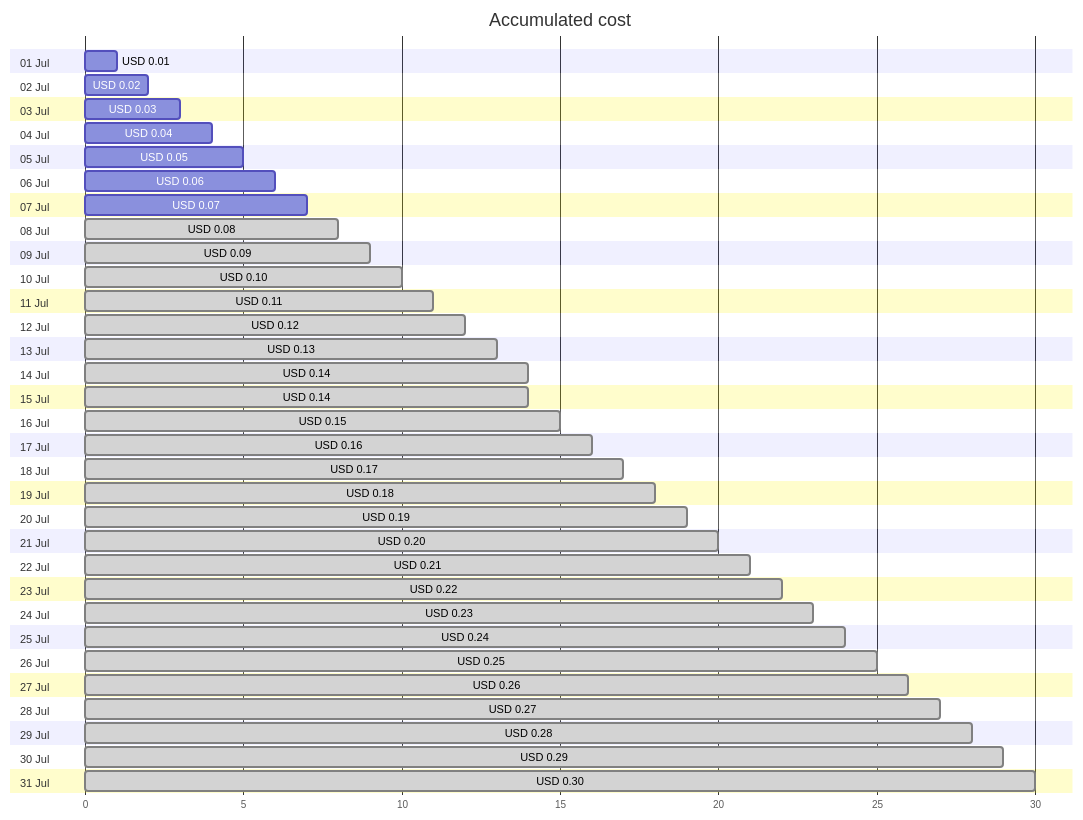
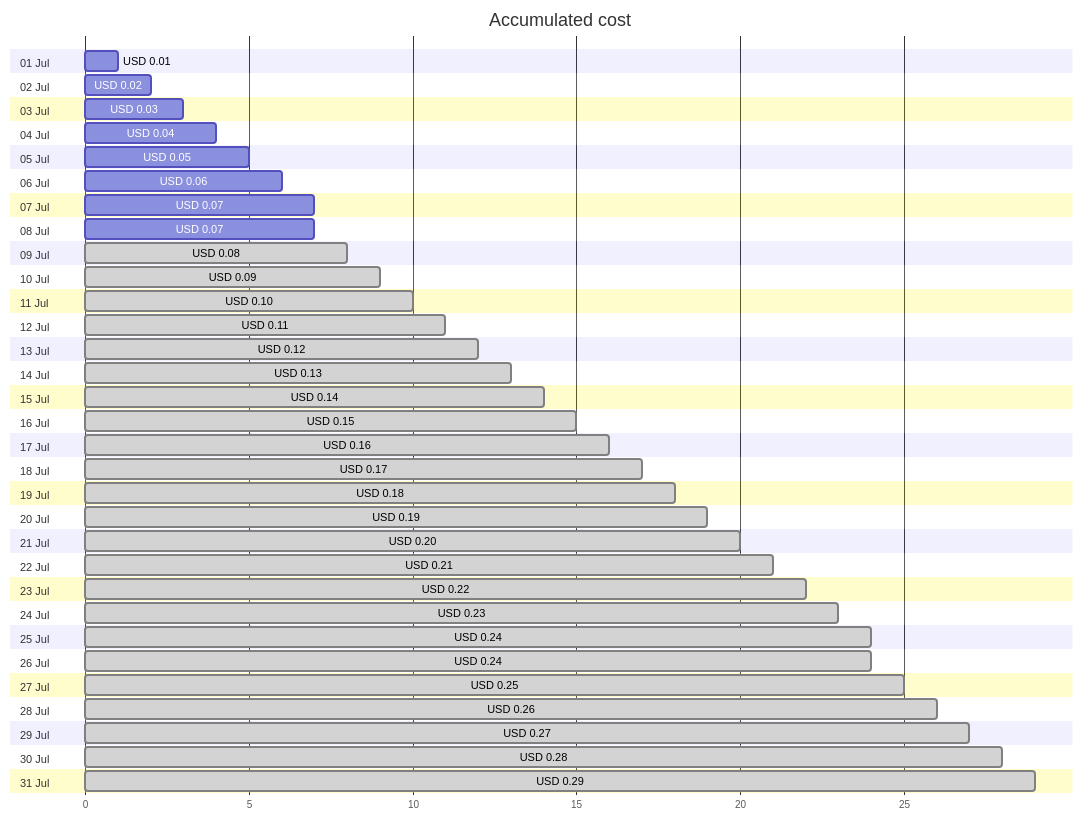
One commit to jpfulton/azure-personal-reports changed the first of 4 diagrams in cost-reports/cloud-shell-storage-eastus/README.md. Above: the diagram before and after it, drawn with Mermaid. The commit also changed other lines of this file and 1 other file, not shown here.

````diff
--- a/cost-reports/cloud-shell-storage-eastus/README.md
+++ b/cost-reports/cloud-shell-storage-eastus/README.md
@@ -20,68 +20,68 @@
 ```mermaid
 gantt
    title Accumulated cost
    dateFormat  X
    axisFormat %s
    section 01 Jul
    USD 0.01 :0, 1
    section 02 Jul
    USD 0.02 :0, 2
    section 03 Jul
    USD 0.03 :0, 3
    section 04 Jul
    USD 0.04 :0, 4
    section 05 Jul
    USD 0.05 :0, 5
    section 06 Jul
    USD 0.06 :0, 6
    section 07 Jul
    USD 0.07 :0, 7
    section 08 Jul
+   USD 0.07 :0, 7
+   section 09 Jul
    USD 0.08 : done, 0, 8
-   section 09 Jul
+   section 10 Jul
    USD 0.09 : done, 0, 9
-   section 10 Jul
+   section 11 Jul
    USD 0.10 : done, 0, 10
-   section 11 Jul
+   section 12 Jul
    USD 0.11 : done, 0, 11
-   section 12 Jul
+   section 13 Jul
    USD 0.12 : done, 0, 12
-   section 13 Jul
+   section 14 Jul
    USD 0.13 : done, 0, 13
-   section 14 Jul
-   USD 0.14 : done, 0, 14
    section 15 Jul
    USD 0.14 : done, 0, 14
    section 16 Jul
    USD 0.15 : done, 0, 15
    section 17 Jul
    USD 0.16 : done, 0, 16
    section 18 Jul
    USD 0.17 : done, 0, 17
    section 19 Jul
    USD 0.18 : done, 0, 18
    section 20 Jul
    USD 0.19 : done, 0, 19
    section 21 Jul
    USD 0.20 : done, 0, 20
    section 22 Jul
    USD 0.21 : done, 0, 21
    section 23 Jul
    USD 0.22 : done, 0, 22
    section 24 Jul
    USD 0.23 : done, 0, 23
    section 25 Jul
    USD 0.24 : done, 0, 24
    section 26 Jul
+   USD 0.24 : done, 0, 24
+   section 27 Jul
    USD 0.25 : done, 0, 25
-   section 27 Jul
+   section 28 Jul
    USD 0.26 : done, 0, 26
-   section 28 Jul
+   section 29 Jul
    USD 0.27 : done, 0, 27
-   section 29 Jul
+   section 30 Jul
    USD 0.28 : done, 0, 28
-   section 30 Jul
+   section 31 Jul
    USD 0.29 : done, 0, 29
-   section 31 Jul
-   USD 0.30 : done, 0, 30
 ```
````
